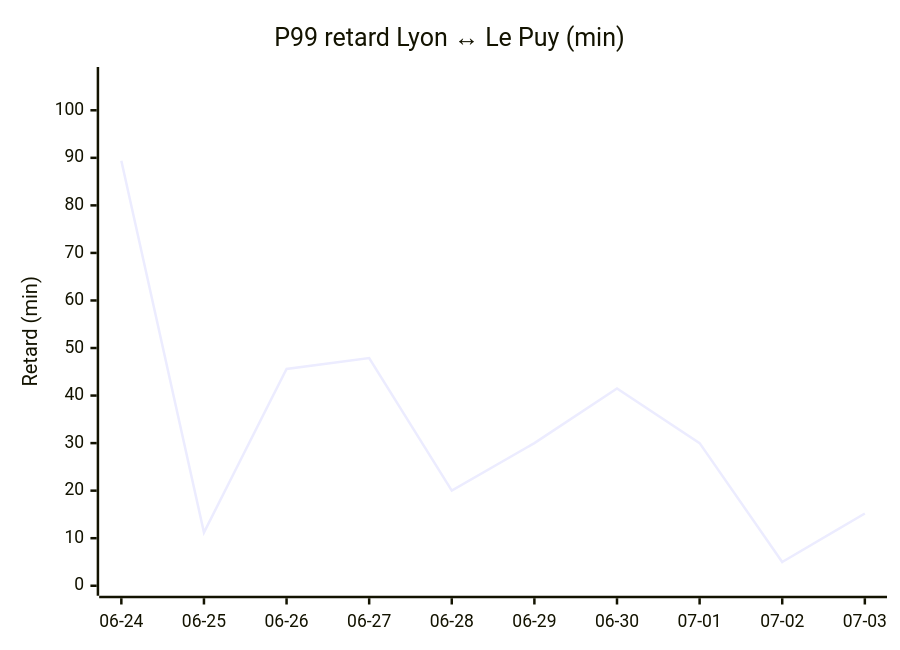
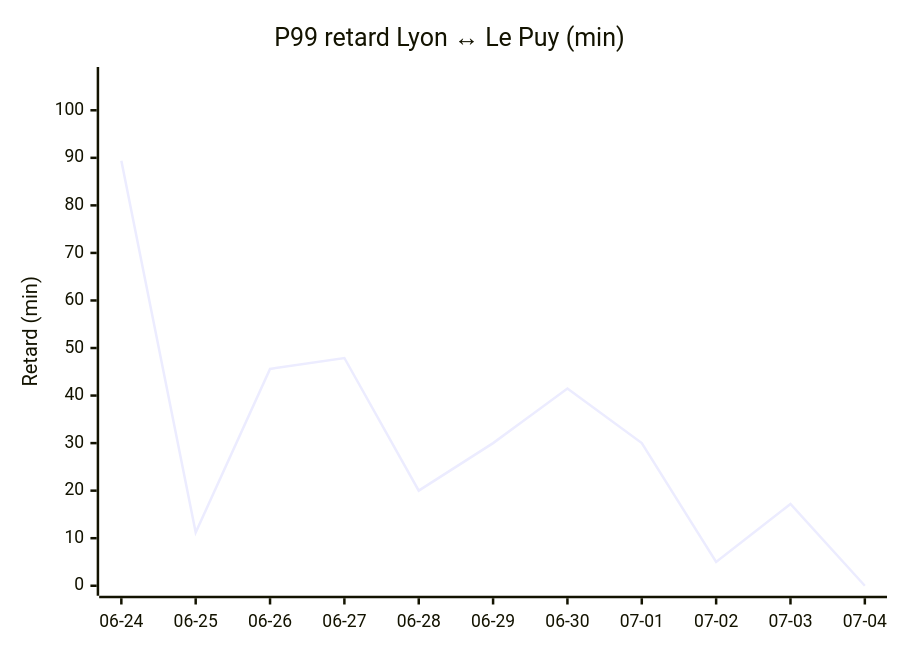
The fourth of 4 diagrams in STATS.md (antoinerep/horaire-ter), drawn with Mermaid before and after one commit. The commit also changed other lines of this file and 1 other file, not shown here.

````diff
--- a/STATS.md
+++ b/STATS.md
@@ -92,7 +93,7 @@
 ```mermaid
 xychart-beta
     title "P99 retard Lyon ↔ Le Puy (min)"
-    x-axis ["06-24", "06-25", "06-26", "06-27", "06-28", "06-29", "06-30", "07-01", "07-02", "07-03"]
+    x-axis ["06-24", "06-25", "06-26", "06-27", "06-28", "06-29", "06-30", "07-01", "07-02", "07-03", "07-04"]
     y-axis "Retard (min)" 0 --> 107
-    line [89.4, 11.2, 45.6, 47.9, 20.0, 30.0, 41.5, 30.0, 5.0, 15.2]
+    line [89.4, 11.2, 45.6, 47.9, 20.0, 30.0, 41.5, 30.0, 5.0, 17.2, 0.0]
 ```
````
